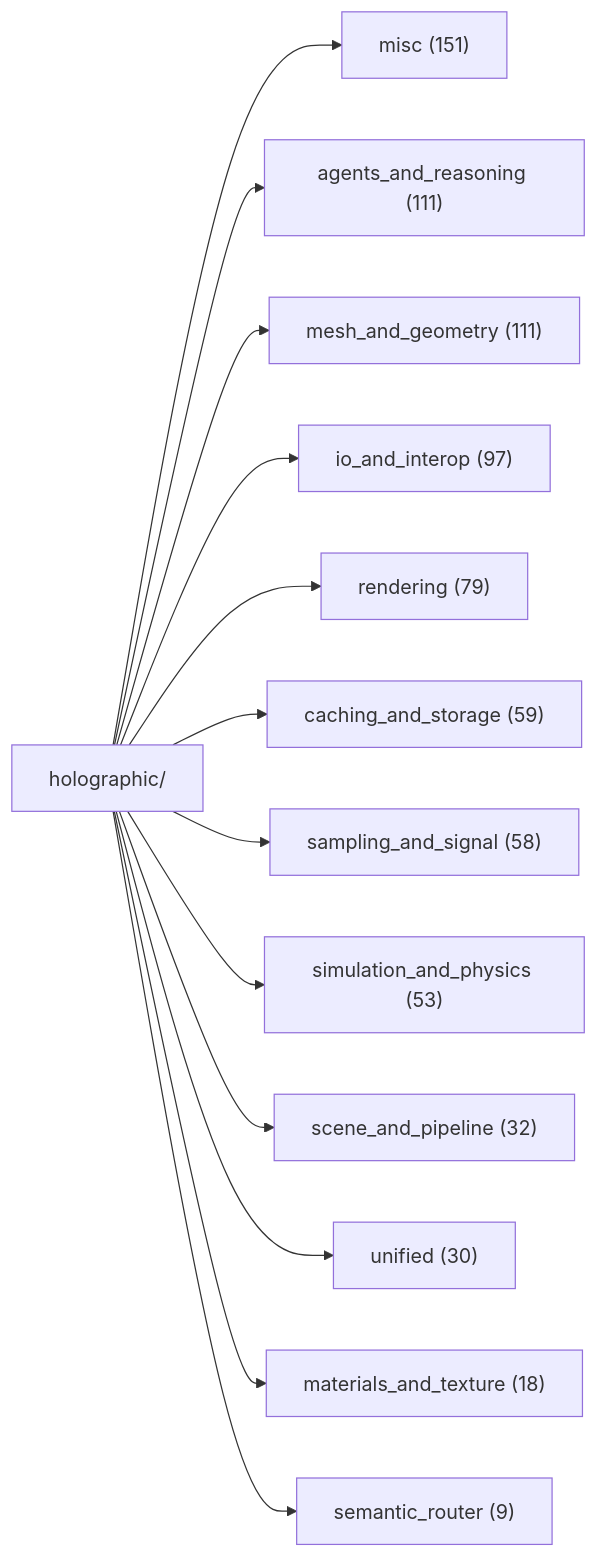
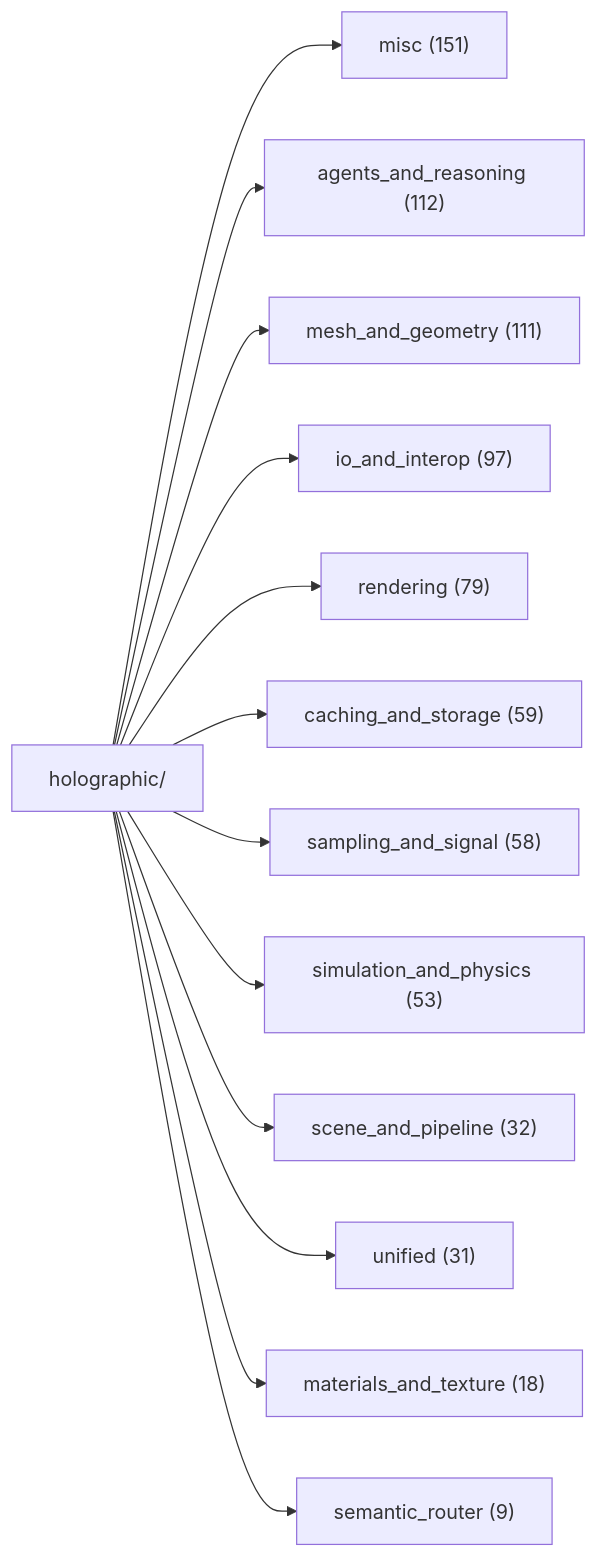
One commit to AnOversizedMooseWithSocks/leCore changed the first of 2 diagrams in docs/DOC_MAP.md. Above: the diagram before and after it, drawn with Mermaid. The commit also changed other lines of this file and 3 other files, not shown here.

````diff
--- a/docs/DOC_MAP.md
+++ b/docs/DOC_MAP.md
@@ -41,16 +40,16 @@
 ```mermaid
 graph LR
     H[holographic/]
     H --> misc["misc (151)"]
-    H --> agen["agents_and_reasoning (111)"]
+    H --> agen["agents_and_reasoning (112)"]
     H --> mesh["mesh_and_geometry (111)"]
     H --> io_a["io_and_interop (97)"]
     H --> rend["rendering (79)"]
     H --> cach["caching_and_storage (59)"]
     H --> samp["sampling_and_signal (58)"]
     H --> simu["simulation_and_physics (53)"]
     H --> scen["scene_and_pipeline (32)"]
-    H --> unif["unified (30)"]
+    H --> unif["unified (31)"]
     H --> mate["materials_and_texture (18)"]
     H --> sema["semantic_router (9)"]
 ```
````
